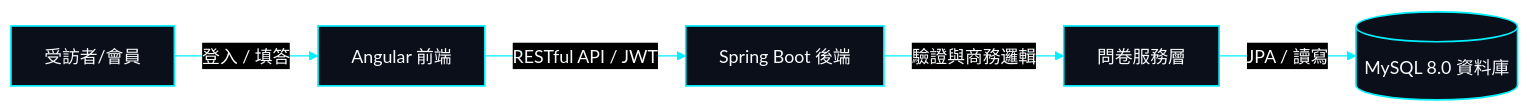
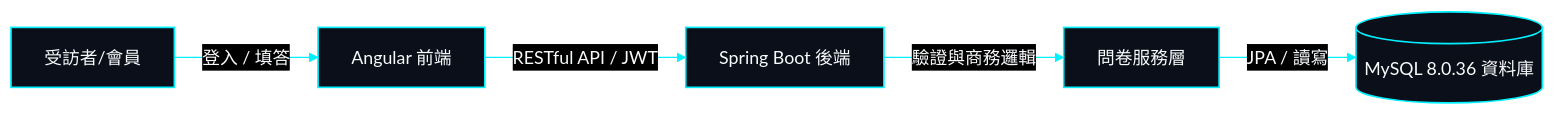
One commit to EricXJason/survey-flow changed the first of 2 diagrams in README.md. Above: the diagram before and after it, drawn with Mermaid. The commit also changed other lines of this file, not shown here.

Commit message:
docs: update production readme with latest architecture

````diff
--- a/README.md
+++ b/README.md
@@ -40,10 +43,10 @@
 ```mermaid
 %%{init: {'theme': 'base', 'themeVariables': { 'darkMode': true, 'background': '#030712', 'primaryColor': '#0b0f19', 'primaryTextColor': '#f8fafc', 'primaryBorderColor': '#00f0ff', 'lineColor': '#00f0ff', 'secondaryColor': '#060a14', 'tertiaryColor': '#0b0f19' }, 'themeCSS': 'rect, .node rect { rx: 0px !important; ry: 0px !important; }' }}%%
 flowchart LR
     classDef hudCard fill:#0b0f19,stroke:#00f0ff,stroke-width:1.5px,color:#f8fafc,rx:0px,ry:0px;
 
     User["受訪者/會員"]:::hudCard -->|"登入 / 填答"| WebUI["Angular 前端"]:::hudCard
     WebUI -->|"RESTful API / JWT"| Gateway["Spring Boot 後端"]:::hudCard
     Gateway -->|"驗證與商務邏輯"| BizService["問卷服務層"]:::hudCard
-    BizService -->|"JPA / 讀寫"| DB[("MySQL 8.0 資料庫")]:::hudCard
+    BizService -->|"JPA / 讀寫"| DB[("MySQL 8.0.36 資料庫")]:::hudCard
 ```
````
